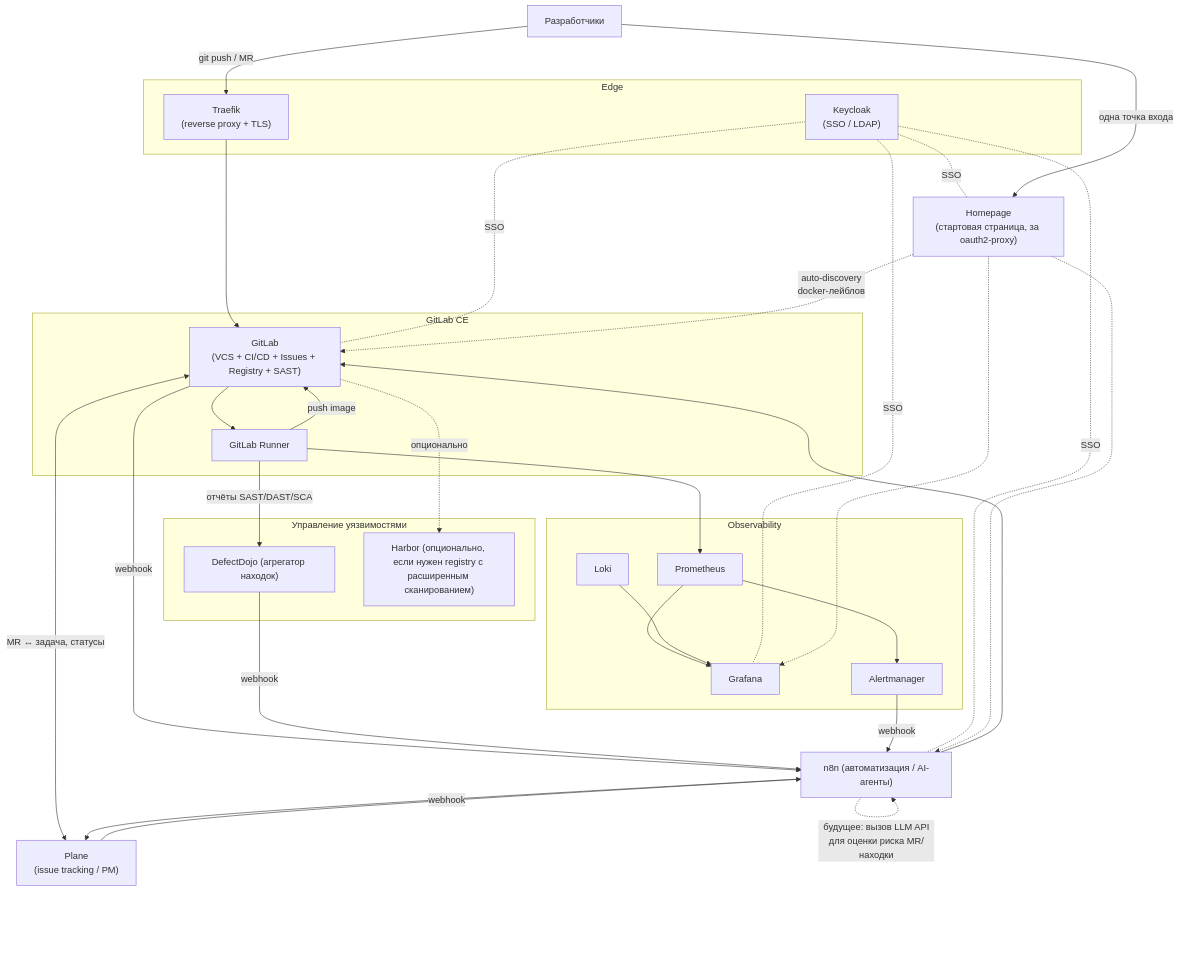
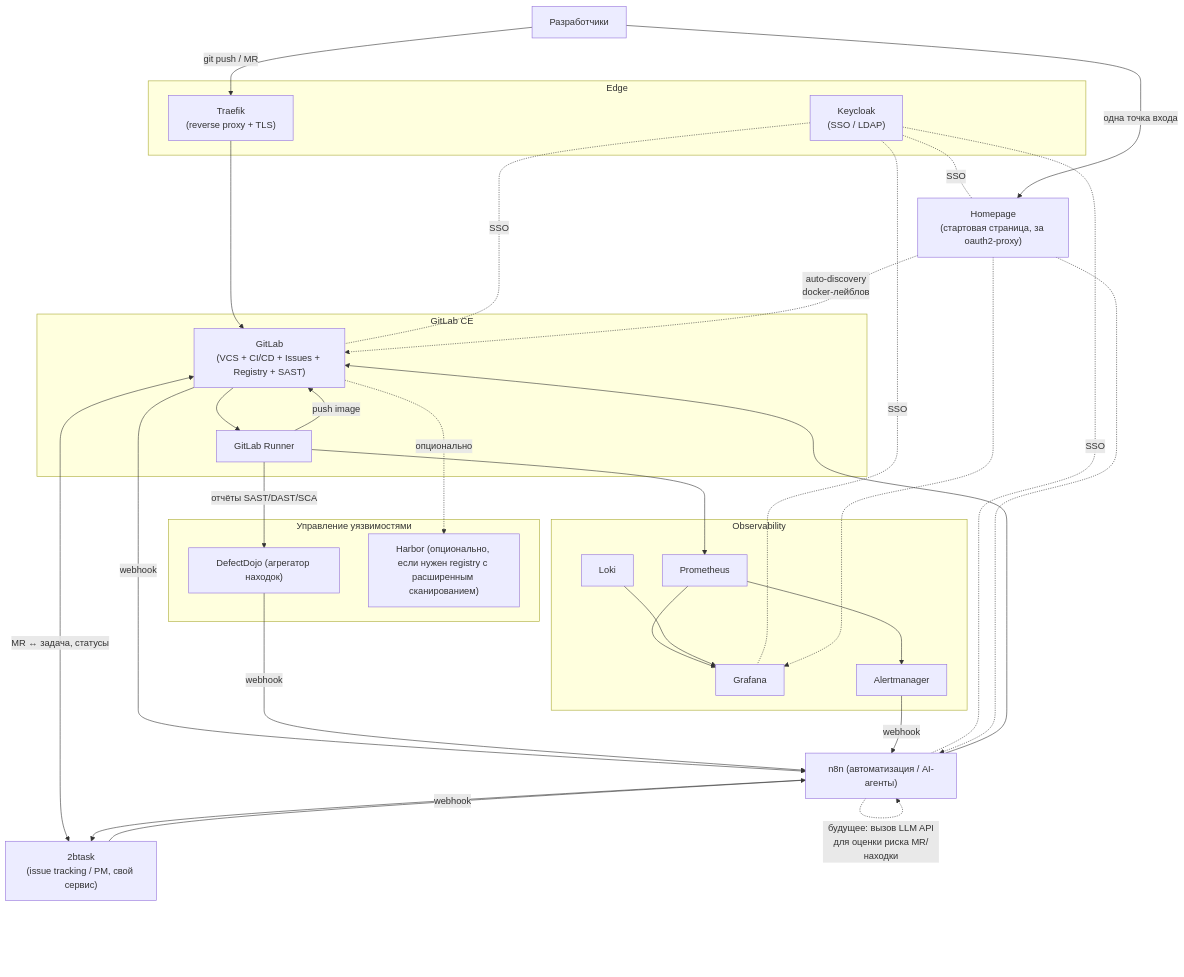
One commit to yunisv/yundevspace-devops-platform changed the diagram in docs/architecture.md. Above: the diagram before and after it, drawn with Mermaid. The commit also changed other lines of this file and 17 other files, not shown here.

````diff
--- a/docs/architecture.md
+++ b/docs/architecture.md
@@ -5,55 +5,55 @@
 ```mermaid
 flowchart TB
     subgraph edge["Edge"]
         traefik["Traefik<br/>(reverse proxy + TLS)"]
         keycloak["Keycloak<br/>(SSO / LDAP)"]
     end
 
     subgraph gitlab_box["GitLab CE"]
         gitlab["GitLab<br/>(VCS + CI/CD + Issues + Registry + SAST)"]
         runner["GitLab Runner"]
     end
 
-    plane["Plane<br/>(issue tracking / PM)"]
+    plane["2btask<br/>(issue tracking / PM, свой сервис)"]
     dash["Homepage<br/>(стартовая страница, за oauth2-proxy)"]
 
     subgraph quality["Управление уязвимостями"]
         dojo["DefectDojo (агрегатор находок)"]
         harbor["Harbor (опционально, если нужен registry с расширенным сканированием)"]
     end
 
     subgraph observability["Observability"]
         prom["Prometheus"]
         graf["Grafana"]
         loki["Loki"]
         am["Alertmanager"]
     end
 
     n8n["n8n (автоматизация / AI-агенты)"]
 
     dev["Разработчики"] -->|git push / MR| traefik --> gitlab
     gitlab --> runner
     runner -->|отчёты SAST/DAST/SCA| dojo
     runner -->|push image| gitlab
     gitlab -.->|опционально| harbor
     gitlab <-->|MR ↔ задача, статусы| plane
     gitlab -- webhook --> n8n
     plane -- webhook --> n8n
     dojo -- webhook --> n8n
     am -- webhook --> n8n
     n8n --> gitlab
     n8n --> plane
     n8n -.->|будущее: вызов LLM API<br/>для оценки риска MR/находки| n8n
     runner --> prom
     prom --> graf
     loki --> graf
     prom --> am
     keycloak -.SSO.- gitlab
     keycloak -.SSO.- graf
     keycloak -.SSO.- n8n
     keycloak -.SSO.- dash
     dev -->|одна точка входа| dash
     dash -.->|auto-discovery<br/>docker-лейблов| gitlab
     dash -.-> graf
     dash -.-> n8n
 ```
````
